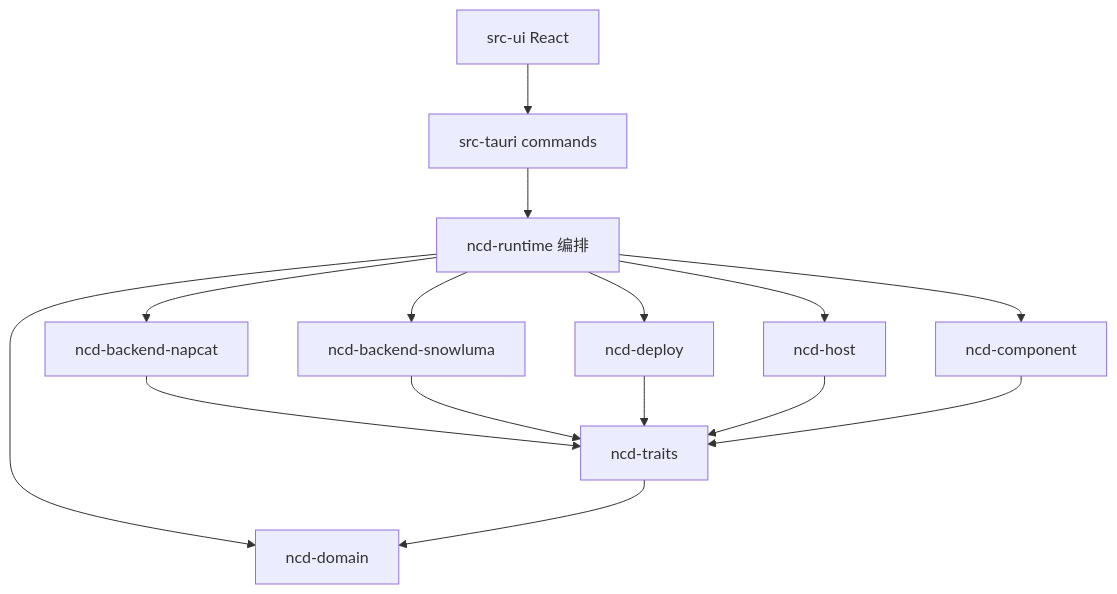
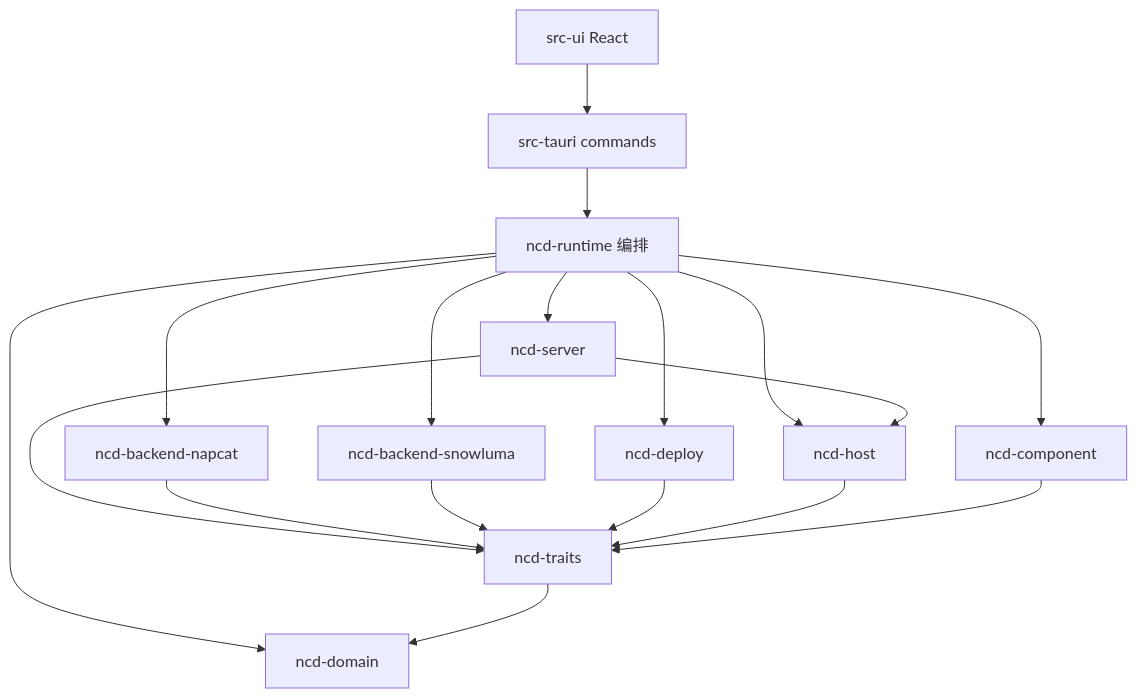
One commit to NapNeko/NapCatQQ-Desktop changed the diagram in docs/context/codemap.md. Above: the diagram before and after it, drawn with Mermaid. The commit also changed other lines of this file and 13 other files, not shown here.

First line of the commit message:
refactor(server): 从 ncd-runtime 抽出 ncd-server

````diff
--- a/docs/context/codemap.md
+++ b/docs/context/codemap.md
@@ -14,17 +14,20 @@
 ```mermaid
 flowchart TB
   UI[src-ui React] --> IPC[src-tauri commands]
   IPC --> RT[ncd-runtime 编排]
+  RT --> SRV[ncd-server]
   RT --> BN[ncd-backend-napcat]
   RT --> BS[ncd-backend-snowluma]
   RT --> DEP[ncd-deploy]
   RT --> HOST[ncd-host]
   RT --> COMP[ncd-component]
   RT --> DOM[ncd-domain]
-  BN --> TR[ncd-traits]
+  SRV --> HOST
+  SRV --> TR[ncd-traits]
+  BN --> TR
   BS --> TR
   DEP --> TR
   HOST --> TR
   COMP --> TR
   TR --> DOM
 ```
````
